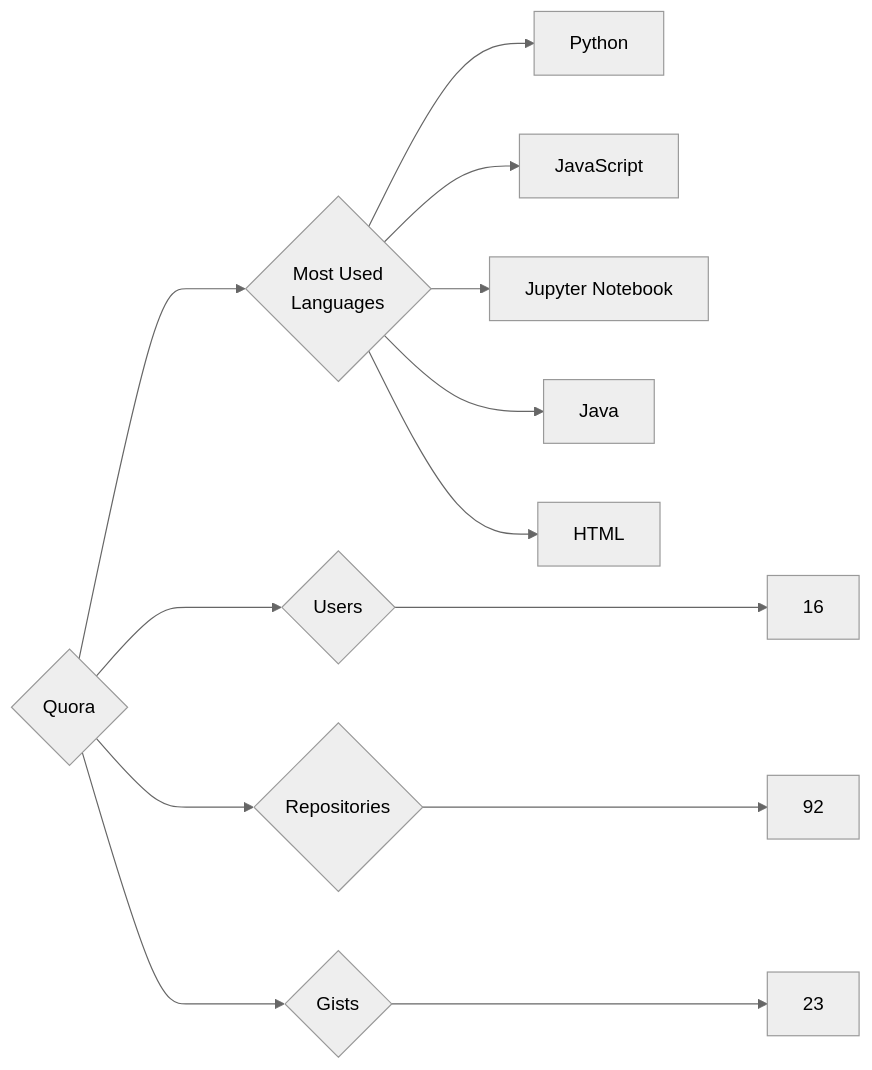
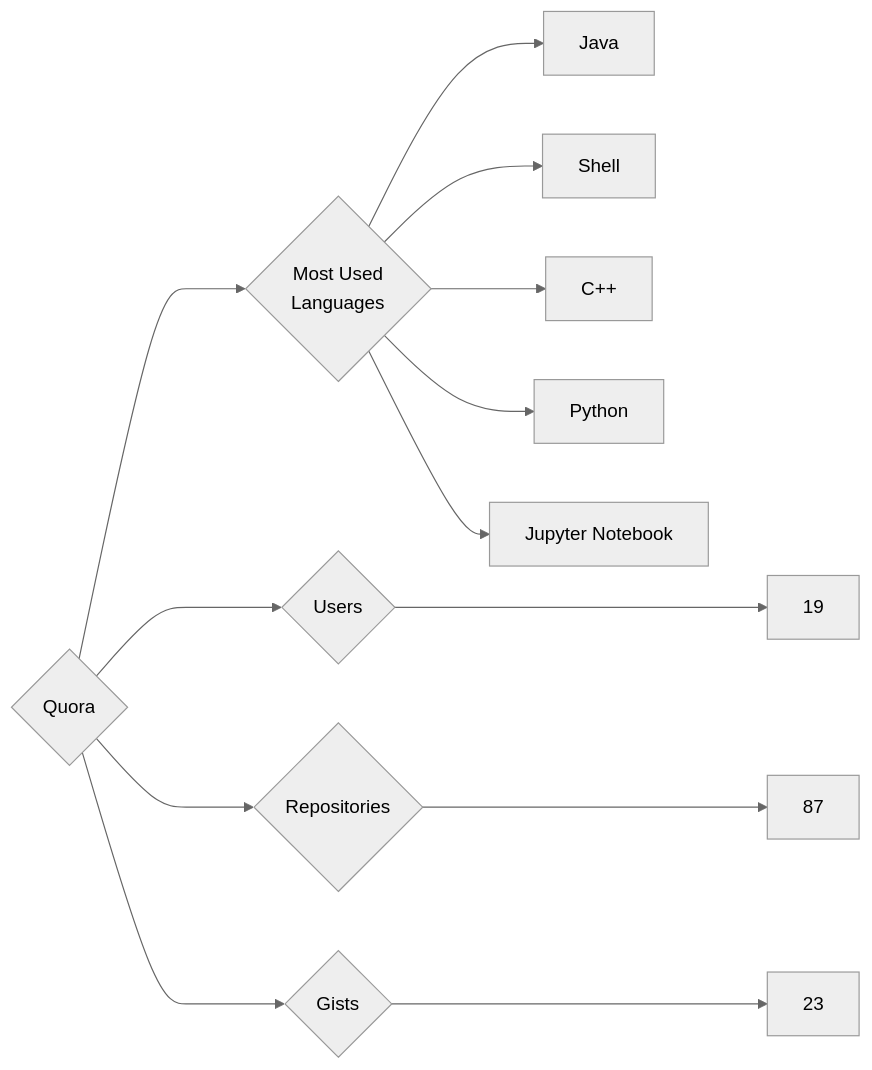
Before and after one commit to trickest/insiders: the diagram in targets/Quora/README.md, drawn with Mermaid (neutral theme). The commit also changed 903 other files, not shown here.

````diff
--- a/targets/Quora/README.md
+++ b/targets/Quora/README.md
@@ -3,13 +3,13 @@
 ```mermaid
 graph LR
 COMPANY_NAME{Quora}
-COMPANY_NAME ---> U{Users} ---> UN[16]
-COMPANY_NAME ---> R{Repositories} ---> RN[92]
+COMPANY_NAME ---> U{Users} ---> UN[19]
+COMPANY_NAME ---> R{Repositories} ---> RN[87]
 COMPANY_NAME ---> G{Gists} ---> GN[23]
 COMPANY_NAME ---> ML{Most Used<br>Languages}
+ML --> Java[Java]
+ML --> Shell[Shell]
+ML --> C++[C++]
 ML --> Python[Python]
-ML --> JavaScript[JavaScript]
 ML --> Jupyter_Notebook[Jupyter Notebook]
-ML --> Java[Java]
-ML --> HTML[HTML]
 ```
````
